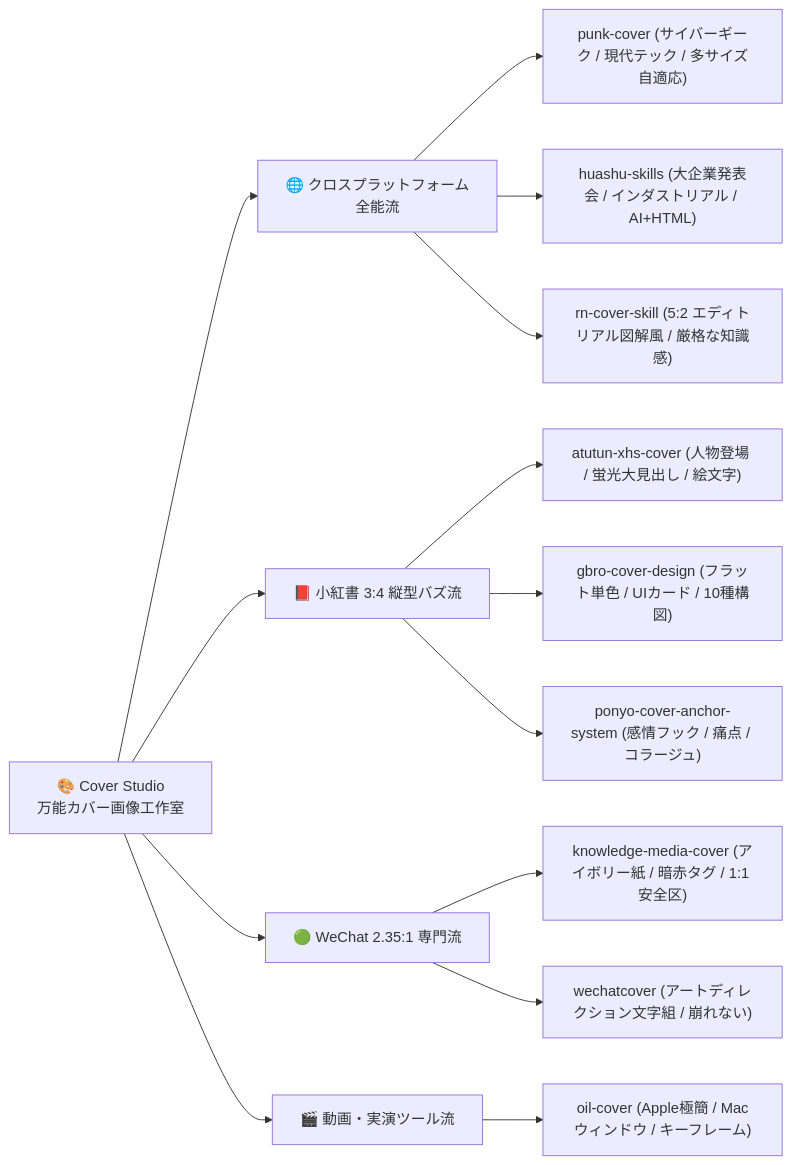
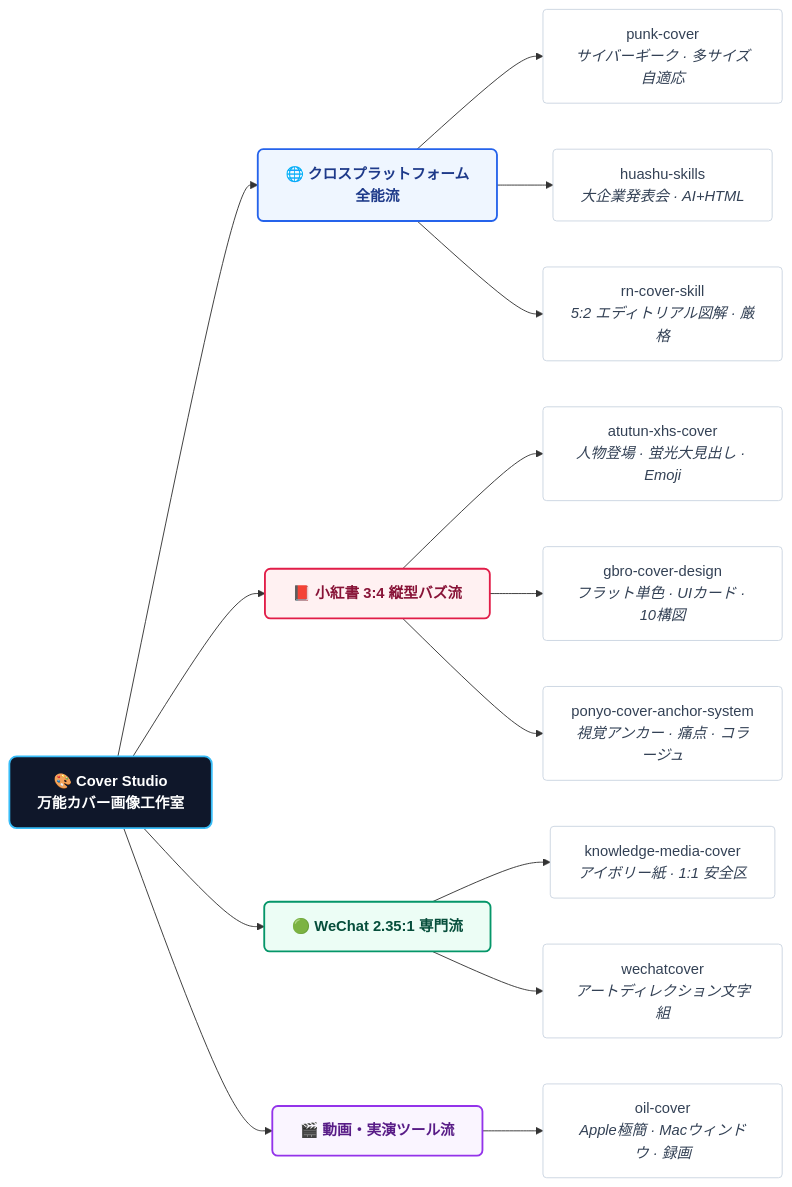
The second of 2 diagrams in README.ja.md (kaomei/cover-studio), drawn with Mermaid before and after one commit. The commit also changed other lines of this file and 7 other files, not shown here.

Commit message:
style(docs): elevate Mermaid flowchart UI with modern SaaS color palettes, card boxes and glowing borders

````diff
--- a/README.ja.md
+++ b/README.ja.md
@@ -73,21 +92,28 @@
 ```mermaid
 flowchart LR
-    CS["🎨 Cover Studio<br/>万能カバー画像工作室"]
-    
-    CS --> S1["🌐 クロスプラットフォーム全能流"]
-    S1 --> E1["punk-cover (サイバーギーク / 現代テック / 多サイズ自適応)"]
-    S1 --> E2["huashu-skills (大企業発表会 / インダストリアル / AI+HTML)"]
-    S1 --> E3["rn-cover-skill (5:2 エディトリアル図解風 / 厳格な知識感)"]
+    classDef rootBox fill:#0f172a,stroke:#38bdf8,stroke-width:2px,color:#ffffff,font-weight:bold,rx:8px,ry:8px;
+    classDef cat1 fill:#eff6ff,stroke:#2563eb,stroke-width:2px,color:#1e3a8a,font-weight:bold,rx:6px,ry:6px;
+    classDef cat2 fill:#fff1f2,stroke:#e11d48,stroke-width:2px,color:#881337,font-weight:bold,rx:6px,ry:6px;
+    classDef cat3 fill:#ecfdf5,stroke:#059669,stroke-width:2px,color:#064e3b,font-weight:bold,rx:6px,ry:6px;
+    classDef cat4 fill:#faf5ff,stroke:#9333ea,stroke-width:2px,color:#581c87,font-weight:bold,rx:6px,ry:6px;
+    classDef leaf fill:#ffffff,stroke:#cbd5e1,stroke-width:1px,color:#334155,rx:4px,ry:4px;
 
-    CS --> S2["📕 小紅書 3:4 縦型バズ流"]
-    S2 --> E4["atutun-xhs-cover (人物登場 / 蛍光大見出し / 絵文字)"]
-    S2 --> E5["gbro-cover-design (フラット単色 / UIカード / 10種構図)"]
-    S2 --> E6["ponyo-cover-anchor-system (感情フック / 痛点 / コラージュ)"]
+    CS["🎨 Cover Studio<br/>万能カバー画像工作室"]:::rootBox
 
-    CS --> S3["🟢 WeChat 2.35:1 専門流"]
-    S3 --> E7["knowledge-media-cover (アイボリー紙 / 暗赤タグ / 1:1 安全区)"]
-    S3 --> E8["wechatcover (アートディレクション文字組 / 崩れない)"]
+    CS --> S1["🌐 クロスプラットフォーム全能流"]:::cat1
+    S1 --> E1["punk-cover<br/><i>サイバーギーク · 多サイズ自適応</i>"]:::leaf
+    S1 --> E2["huashu-skills<br/><i>大企業発表会 · AI+HTML</i>"]:::leaf
+    S1 --> E3["rn-cover-skill<br/><i>5:2 エディトリアル図解 · 厳格</i>"]:::leaf
 
-    CS --> S4["🎬 動画・実演ツール流"]
-    S4 --> E9["oil-cover (Apple極簡 / Macウィンドウ / キーフレーム)"]
+    CS --> S2["📕 小紅書 3:4 縦型バズ流"]:::cat2
+    S2 --> E4["atutun-xhs-cover<br/><i>人物登場 · 蛍光大見出し · Emoji</i>"]:::leaf
+    S2 --> E5["gbro-cover-design<br/><i>フラット単色 · UIカード · 10構図</i>"]:::leaf
+    S2 --> E6["ponyo-cover-anchor-system<br/><i>視覚アンカー · 痛点 · コラージュ</i>"]:::leaf
+
+    CS --> S3["🟢 WeChat 2.35:1 専門流"]:::cat3
+    S3 --> E7["knowledge-media-cover<br/><i>アイボリー紙 · 1:1 安全区</i>"]:::leaf
+    S3 --> E8["wechatcover<br/><i>アートディレクション文字組</i>"]:::leaf
+
+    CS --> S4["🎬 動画・実演ツール流"]:::cat4
+    S4 --> E9["oil-cover<br/><i>Apple極簡 · Macウィンドウ · 録画</i>"]:::leaf
 ```
````
